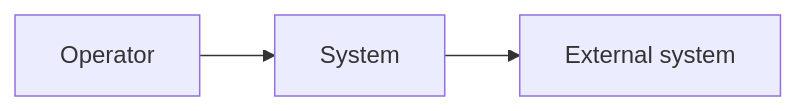
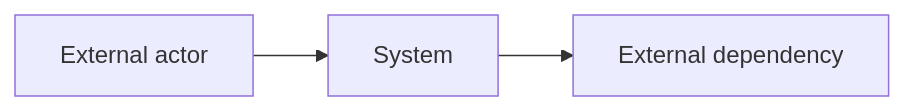
Before and after one commit to garywu123/skill-collection: the first of 2 diagrams in architecture-baseline/assets/architecture-baseline.template.md, drawn with Mermaid. The commit also changed other lines of this file and 44 other files, not shown here.

````diff
--- a/architecture-baseline/assets/architecture-baseline.template.md
+++ b/architecture-baseline/assets/architecture-baseline.template.md
@@ -28,5 +29,5 @@
 ```mermaid
 flowchart LR
-    USER[Operator] --> SYS[System]
-    SYS --> EXT[External system]
+    ACTOR[External actor] --> SYS[System]
+    SYS --> DEP[External dependency]
 ```
````
